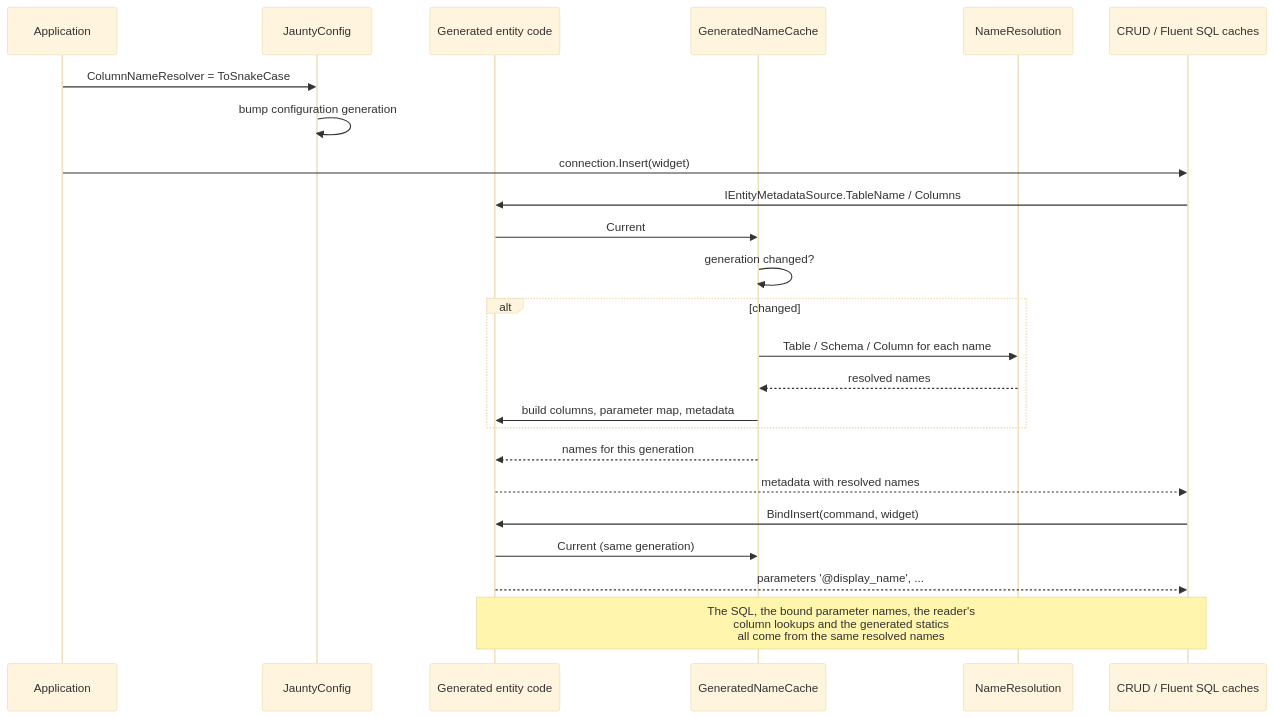
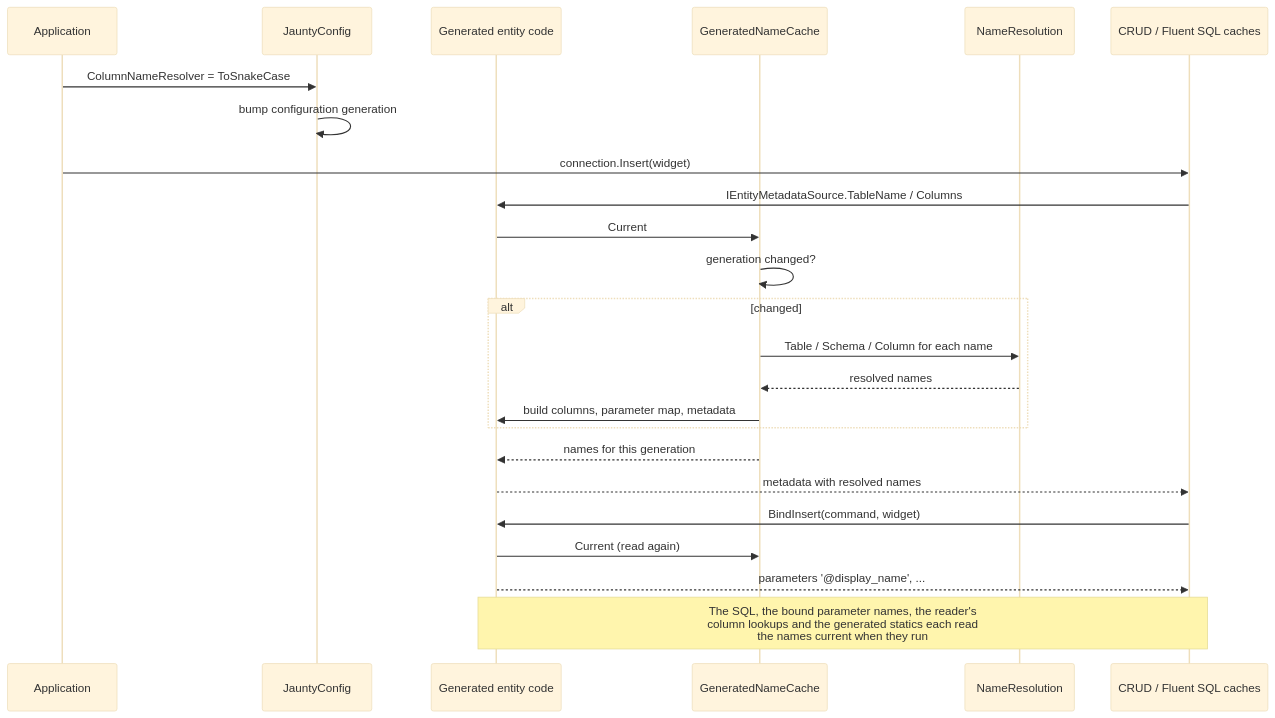
The seventh of 16 diagrams in docs/02-architecture/metadata-system-spec.md (extrode/jaunty), drawn with Mermaid (base theme) before and after one commit. The commit also changed other lines of this file and 11 other files, not shown here.

Commit message:
fix: stop the reflection reader aliasing attribute-named columns, rebuild torn generated metadata, and close the Fable review gaps

````diff
--- a/docs/02-architecture/metadata-system-spec.md
+++ b/docs/02-architecture/metadata-system-spec.md
@@ -255,27 +255,27 @@
 ```mermaid
 sequenceDiagram
     participant App as Application
     participant Cfg as JauntyConfig
     participant Gen as Generated entity code
     participant Cache as GeneratedNameCache
     participant NR as NameResolution
     participant Core as CRUD / Fluent SQL caches
 
     App->>Cfg: ColumnNameResolver = ToSnakeCase
     Cfg->>Cfg: bump configuration generation
     App->>Core: connection.Insert(widget)
     Core->>Gen: IEntityMetadataSource.TableName / Columns
     Gen->>Cache: Current
     Cache->>Cache: generation changed?
     alt changed
         Cache->>NR: Table / Schema / Column for each name
         NR-->>Cache: resolved names
         Cache->>Gen: build columns, parameter map, metadata
     end
     Cache-->>Gen: names for this generation
     Gen-->>Core: metadata with resolved names
     Core->>Gen: BindInsert(command, widget)
-    Gen->>Cache: Current (same generation)
+    Gen->>Cache: Current (read again)
     Gen-->>Core: parameters '@display_name', ...
-    Note over Core,Gen: The SQL, the bound parameter names, the reader's<br/>column lookups and the generated statics<br/>all come from the same resolved names
+    Note over Core,Gen: The SQL, the bound parameter names, the reader's<br/>column lookups and the generated statics each read<br/>the names current when they run
 ```
````
